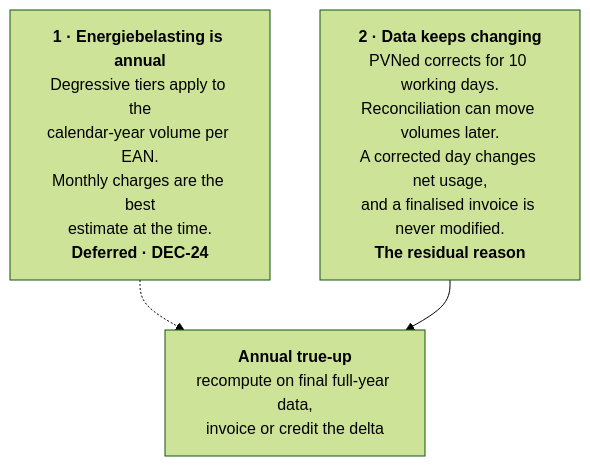
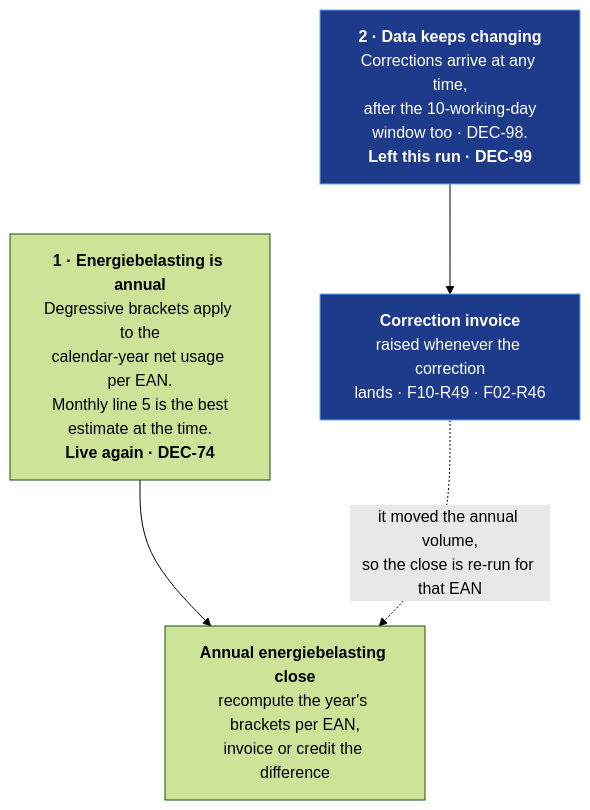
One commit to lukastosic-ifd/peakpowerspecs changed the first of 4 diagrams in specs/40-processes/05-annual-true-up.md. Above: the diagram before and after it, drawn with Mermaid (forest theme). The commit also changed other lines of this file and 66 other files, not shown here.

````diff
--- a/specs/40-processes/05-annual-true-up.md
+++ b/specs/40-processes/05-annual-true-up.md
@@ -27,7 +53,11 @@
 ```mermaid
 flowchart TB
-    R1["<b>1 · Energiebelasting is annual</b><br/>Degressive tiers apply to the<br/>calendar-year volume per EAN.<br/>Monthly charges are the best<br/>estimate at the time.<br/><b>Deferred · DEC-24</b>"]
-    R2["<b>2 · Data keeps changing</b><br/>PVNed corrects for 10 working days.<br/>Reconciliation can move volumes later.<br/>A corrected day changes net usage,<br/>and a finalised invoice is never modified.<br/><b>The residual reason</b>"]
-    R1 -.-> T["<b>Annual true-up</b><br/>recompute on final full-year data,<br/>invoice or credit the delta"]
-    R2 --> T
+    R1["<b>1 · Energiebelasting is annual</b><br/>Degressive brackets apply to the<br/>calendar-year net usage per EAN.<br/>Monthly line 5 is the best<br/>estimate at the time.<br/><b>Live again · DEC-74</b>"]
+    R2["<b>2 · Data keeps changing</b><br/>Corrections arrive at any time,<br/>after the 10-working-day<br/>window too · DEC-98.<br/><b>Left this run · DEC-99</b>"]
+    R1 --> T["<b>Annual energiebelasting close</b><br/>recompute the year's brackets per EAN,<br/>invoice or credit the difference"]
+    R2 --> C["<b>Correction invoice</b><br/>raised whenever the correction<br/>lands · F10-R49 · F02-R46"]
+    C -.->|"it moved the annual volume,<br/>so the close is re-run for that EAN"| T
+
+    classDef gone fill:#1e3a8a,stroke:#60a5fa,color:#fff
+    class R2,C gone
 ```
````
